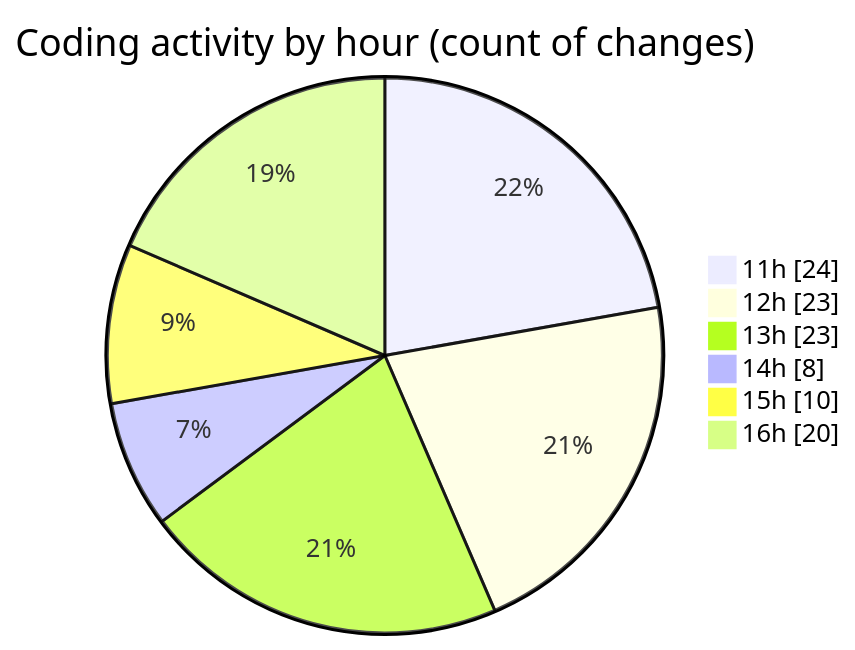
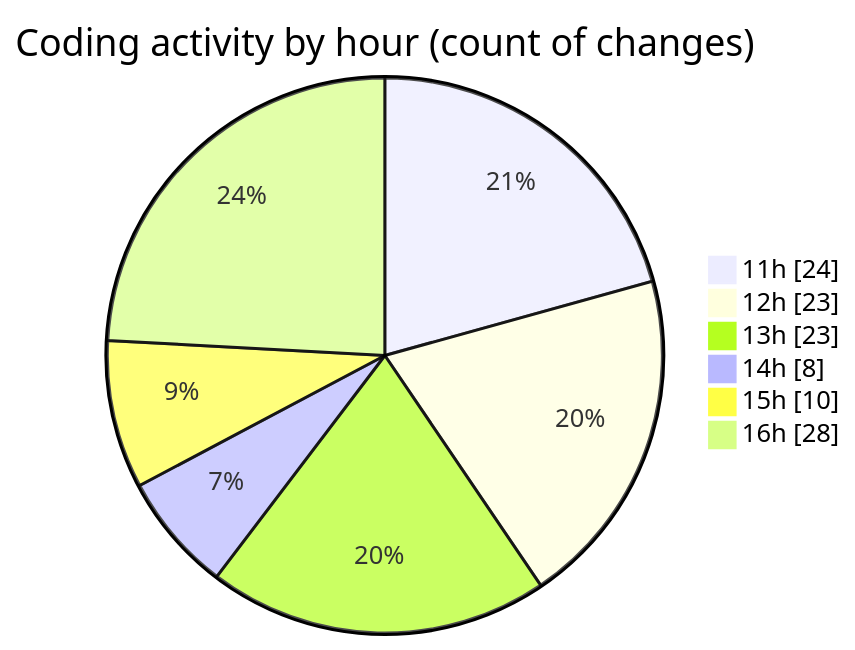
One commit to nxtqubesakshisongat/code-tracking changed the second of 2 diagrams in 2025-09-18/nxtqube_webapp/README.md. Above: the diagram before and after it, drawn with Mermaid. The commit also changed other lines of this file and 1 other file, not shown here.

````diff
--- a/2025-09-18/nxtqube_webapp/README.md
+++ b/2025-09-18/nxtqube_webapp/README.md
@@ -48,10 +48,10 @@
 ```mermaid
 pie showData
 title Coding activity by hour (count of changes)
 "11h" : 24
 "12h" : 23
 "13h" : 23
 "14h" : 8
 "15h" : 10
-"16h" : 20
+"16h" : 28
 ```
````
